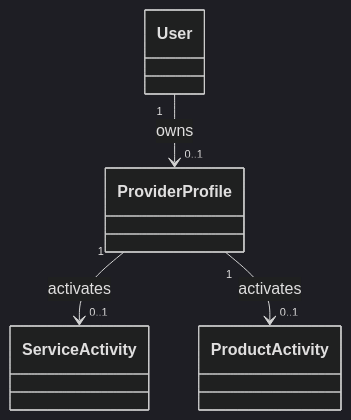
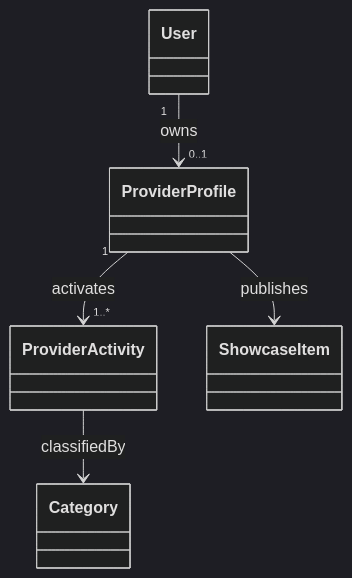
One commit to Yadd-SanaaUniversityGraduationProject/yadd changed the diagram in docs/03-analysis/19-provider-activity-model.md. Above: the diagram before and after it, drawn with Mermaid (dark theme). The commit also changed other lines of this file, not shown here.

Commit message:
analysis: synchronize provider activity model for diagram use

````diff
--- a/docs/03-analysis/19-provider-activity-model.md
+++ b/docs/03-analysis/19-provider-activity-model.md
@@ -57,11 +77,13 @@
 ```mermaid
 classDiagram
     class User
     class ProviderProfile
-    class ServiceActivity
-    class ProductActivity
+    class ProviderActivity
+    class Category
+    class ShowcaseItem
 
     User "1" --> "0..1" ProviderProfile : owns
-    ProviderProfile "1" --> "0..1" ServiceActivity : activates
-    ProviderProfile "1" --> "0..1" ProductActivity : activates
+    ProviderProfile "1" --> "1..*" ProviderActivity : activates
+    ProviderActivity --> Category : classifiedBy
+    ProviderProfile --> ShowcaseItem : publishes
 ```
````
